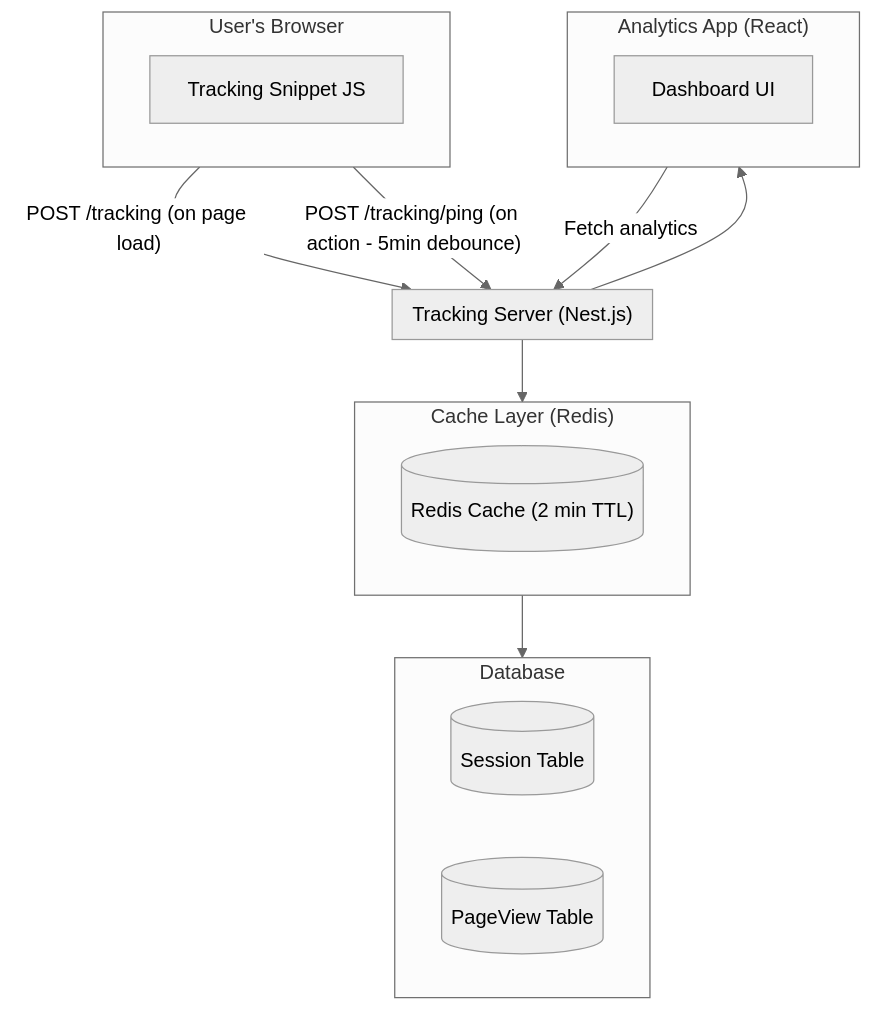
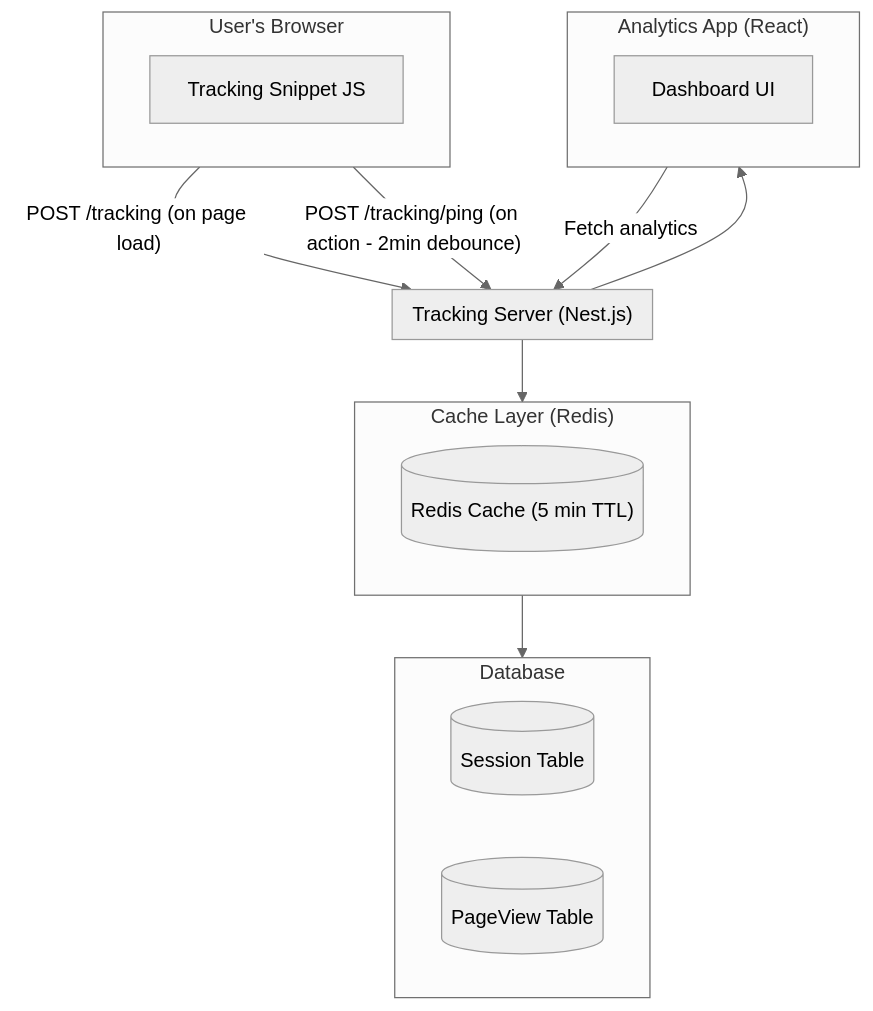
The first of 2 diagrams in README.md (lucaslosekann/yomali-challenge-backend), drawn with Mermaid (neutral theme) before and after one commit.

Commit message:
fix: update Redis cache TTL to 5 minutes and adjust ping debounce to 2 minutes in README

````diff
--- a/README.md
+++ b/README.md
@@ -29,31 +29,31 @@
 ```mermaid
 ---
 config:
   layout: dagre
 ---
 flowchart TD
  subgraph Browser["User's Browser"]
         JS["Tracking Snippet JS"]
   end
  subgraph Server["Tracking Server (Nest.js)"]
   end
  subgraph Cache["Cache Layer (Redis)"]
-        R[("Redis Cache (2 min TTL)")]
+        R[("Redis Cache (5 min TTL)")]
   end
  subgraph DB["Database"]
         S[("Session Table")]
         PV[("PageView Table")]
   end
  subgraph Analytics["Analytics App (React)"]
         Dashboard["Dashboard UI"]
   end
 
     Browser -- POST /tracking (on page load) --> Server
-    Browser -- "POST /tracking/ping (on action - 5min debounce)" --> Server
+    Browser -- "POST /tracking/ping (on action - 2min debounce)" --> Server
     Server --> Cache
     Cache --> DB
     Server --> Analytics
     Analytics -- Fetch analytics --> Server
 
 
 ```
````
